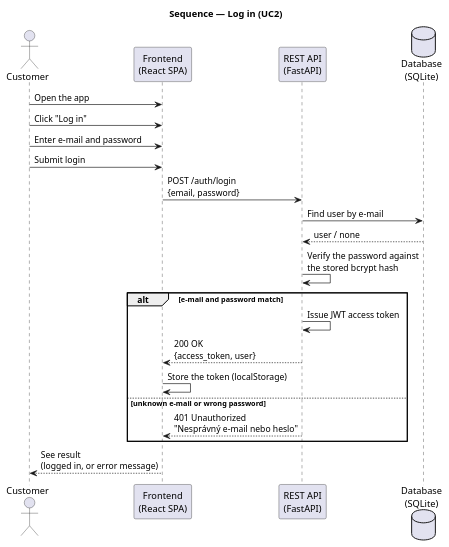
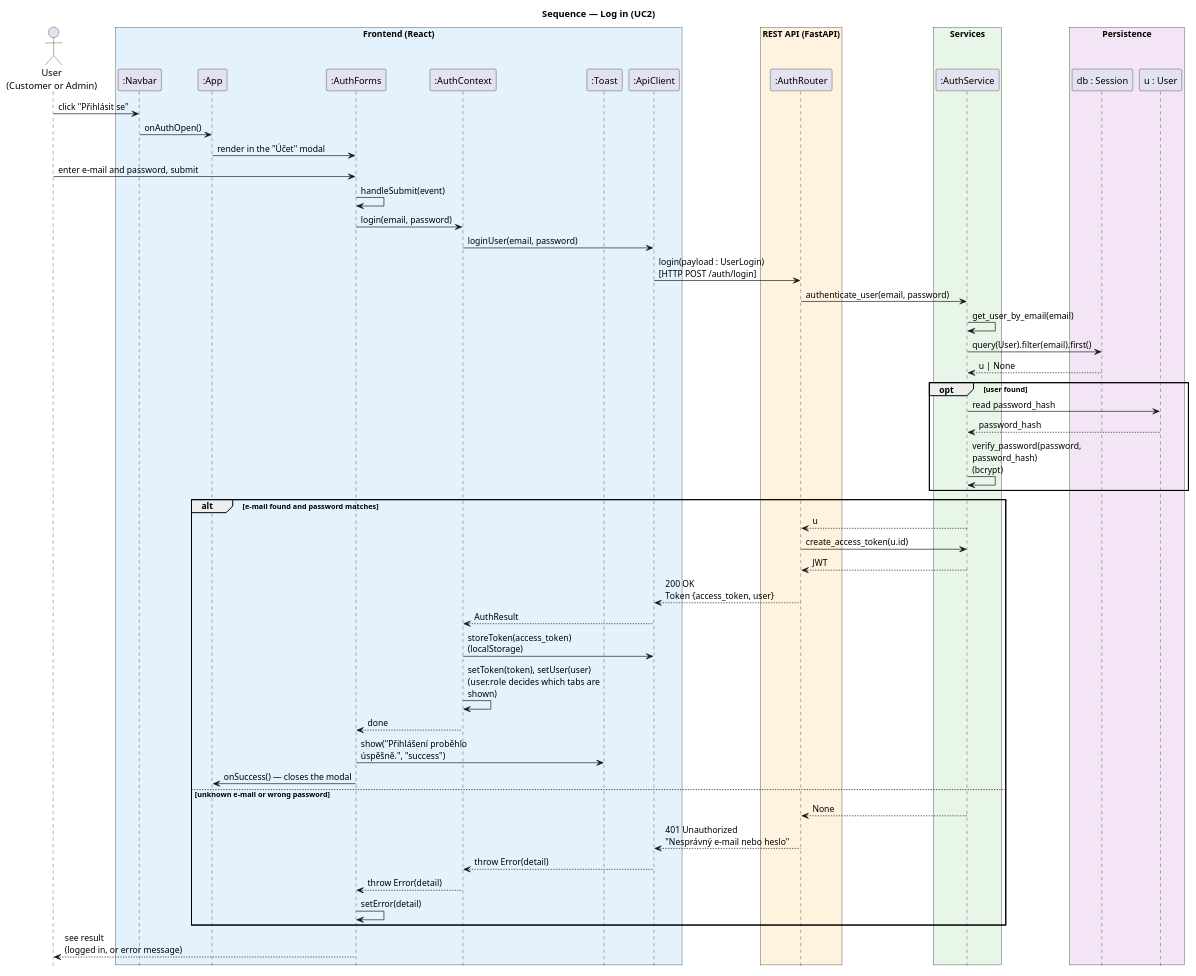
The diagram in docs/diagrams/sequence-login.puml (DavidMagyarics/CarRentalVSB), drawn with PlantUML before and after one commit. The commit also changed 45 other files, not shown here.

Commit message:
docs: model the sequence diagrams on concrete classes and objects, sync the class diagram with the code

```diff
--- a/docs/diagrams/sequence-login.puml
+++ b/docs/diagrams/sequence-login.puml
@@ -1,28 +1,66 @@
 @startuml sequence-login
 skinparam backgroundColor white
+skinparam responseMessageBelowArrow true
+skinparam maxMessageSize 220
+hide footbox
 title Sequence — Log in (UC2)
 
-actor Customer
-participant "Frontend\n(React SPA)" as FE
-participant "REST API\n(FastAPI)" as API
-database "Database\n(SQLite)" as DB
+actor "User\n(Customer or Admin)" as User
+box "Frontend (React)" #E3F2FD
+  participant ":Navbar" as Navbar
+  participant ":App" as App
+  participant ":AuthForms" as AuthForms
+  participant ":AuthContext" as AuthContext
+  participant ":Toast" as Toast
+  participant ":ApiClient" as ApiClient
+end box
+box "REST API (FastAPI)" #FFF3E0
+  participant ":AuthRouter" as AuthRouter
+end box
+box "Services" #E8F5E9
+  participant ":AuthService" as AuthService
+end box
+box "Persistence" #F3E5F5
+  participant "db : Session" as DB
+  participant "u : User" as U
+end box
 
-Customer -> FE: Open the app
-Customer -> FE: Click "Log in"
-Customer -> FE: Enter e-mail and password
-Customer -> FE: Submit login
-FE -> API: POST /auth/login\n{email, password}
-API -> DB: Find user by e-mail
-DB --> API: user / none
-API -> API: Verify the password against\nthe stored bcrypt hash
-
-alt e-mail and password match
-  API -> API: Issue JWT access token
-  API --> FE: 200 OK\n{access_token, user}
-  FE -> FE: Store the token (localStorage)
-else unknown e-mail or wrong password
-  API --> FE: 401 Unauthorized\n"Nesprávný e-mail nebo heslo"
+User -> Navbar : click "Přihlásit se"
+Navbar -> App : onAuthOpen()
+App -> AuthForms : render in the "Účet" modal
+User -> AuthForms : enter e-mail and password, submit
+AuthForms -> AuthForms : handleSubmit(event)
+AuthForms -> AuthContext : login(email, password)
+AuthContext -> ApiClient : loginUser(email, password)
+ApiClient -> AuthRouter : login(payload : UserLogin)\n[HTTP POST /auth/login]
+AuthRouter -> AuthService : authenticate_user(email, password)
+AuthService -> AuthService : get_user_by_email(email)
+AuthService -> DB : query(User).filter(email).first()
+DB --> AuthService : u | None
+opt user found
+  AuthService -> U : read password_hash
+  U --> AuthService : password_hash
+  AuthService -> AuthService : verify_password(password, password_hash)\n(bcrypt)
 end
 
-FE --> Customer: See result\n(logged in, or error message)
+alt e-mail found and password matches
+  AuthService --> AuthRouter : u
+  AuthRouter -> AuthService : create_access_token(u.id)
+  AuthService --> AuthRouter : JWT
+  AuthRouter --> ApiClient : 200 OK\nToken {access_token, user}
+  ApiClient --> AuthContext : AuthResult
+  AuthContext -> ApiClient : storeToken(access_token)\n(localStorage)
+  AuthContext -> AuthContext : setToken(token), setUser(user)\n(user.role decides which tabs are shown)
+  AuthContext --> AuthForms : done
+  AuthForms -> Toast : show("Přihlášení proběhlo úspěšně.", "success")
+  AuthForms -> App : onSuccess() — closes the modal
+else unknown e-mail or wrong password
+  AuthService --> AuthRouter : None
+  AuthRouter --> ApiClient : 401 Unauthorized\n"Nesprávný e-mail nebo heslo"
+  ApiClient --> AuthContext : throw Error(detail)
+  AuthContext --> AuthForms : throw Error(detail)
+  AuthForms -> AuthForms : setError(detail)
+end
+
+AuthForms --> User : see result\n(logged in, or error message)
 @enduml
```
